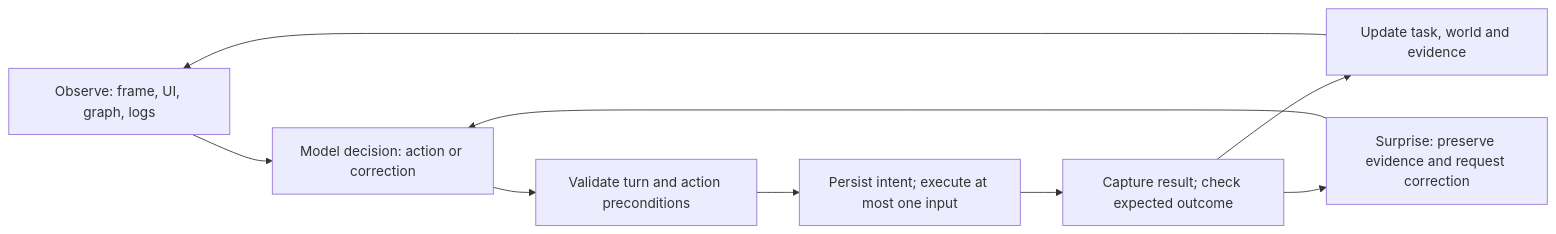
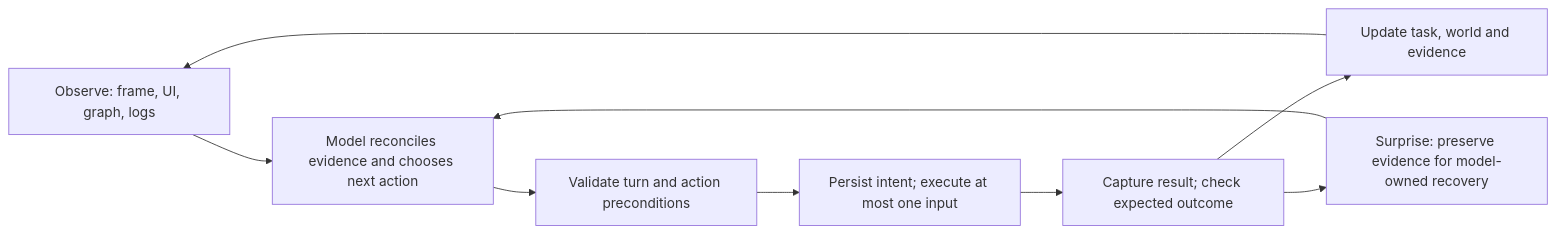
The diagram in README.md (sergiimo/llm-game-agent), drawn with Mermaid before and after one commit. The commit also changed other lines of this file, not shown here.

Commit message:
docs: describe actual gameplay agent work and current architecture

````diff
--- a/README.md
+++ b/README.md
@@ -36,11 +37,11 @@
 ```mermaid
 flowchart LR
-    O["Observe: frame, UI, graph, logs"] --> M["Model decision: action or correction"]
+    O["Observe: frame, UI, graph, logs"] --> M["Model reconciles evidence and chooses next action"]
     M --> G["Validate turn and action preconditions"]
     G --> A["Persist intent; execute at most one input"]
     A --> V["Capture result; check expected outcome"]
     V --> S["Update task, world and evidence"]
     S --> O
-    V --> C["Surprise: preserve evidence and request correction"]
+    V --> C["Surprise: preserve evidence for model-owned recovery"]
     C --> M
 ```
````
